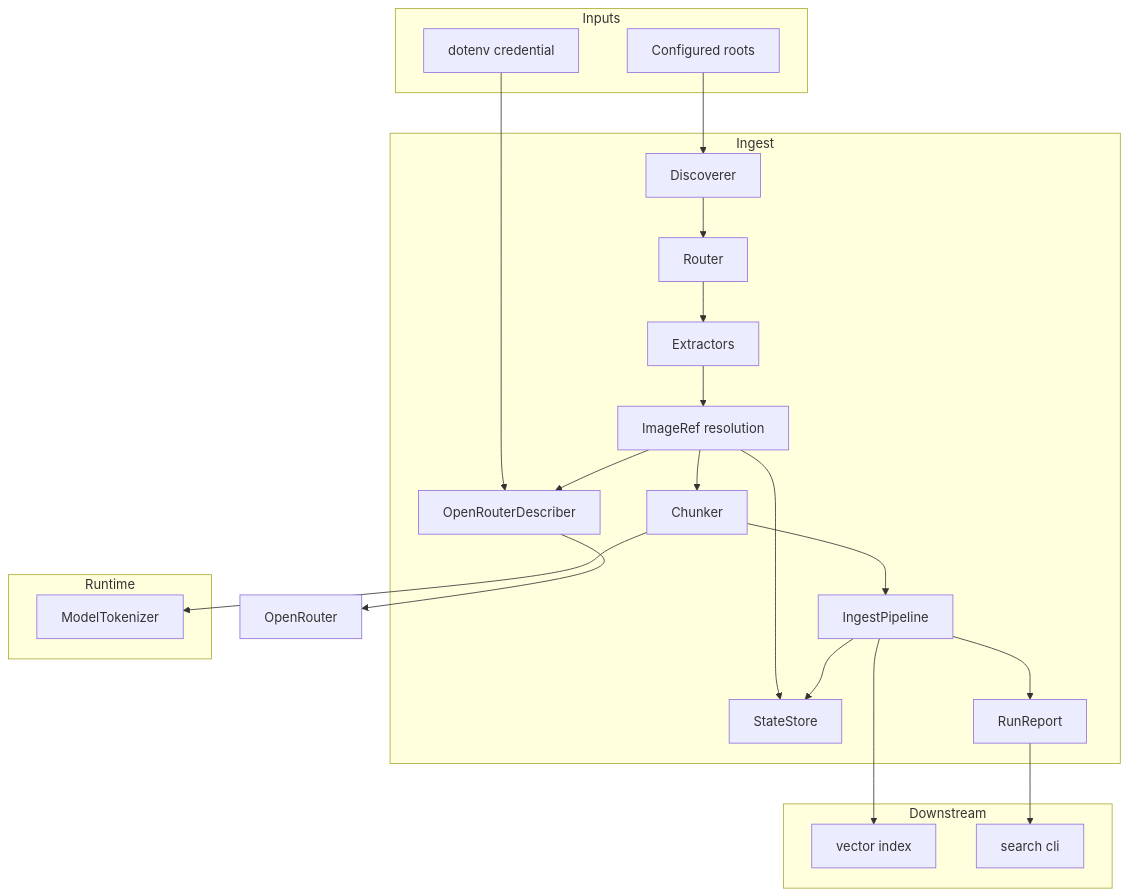
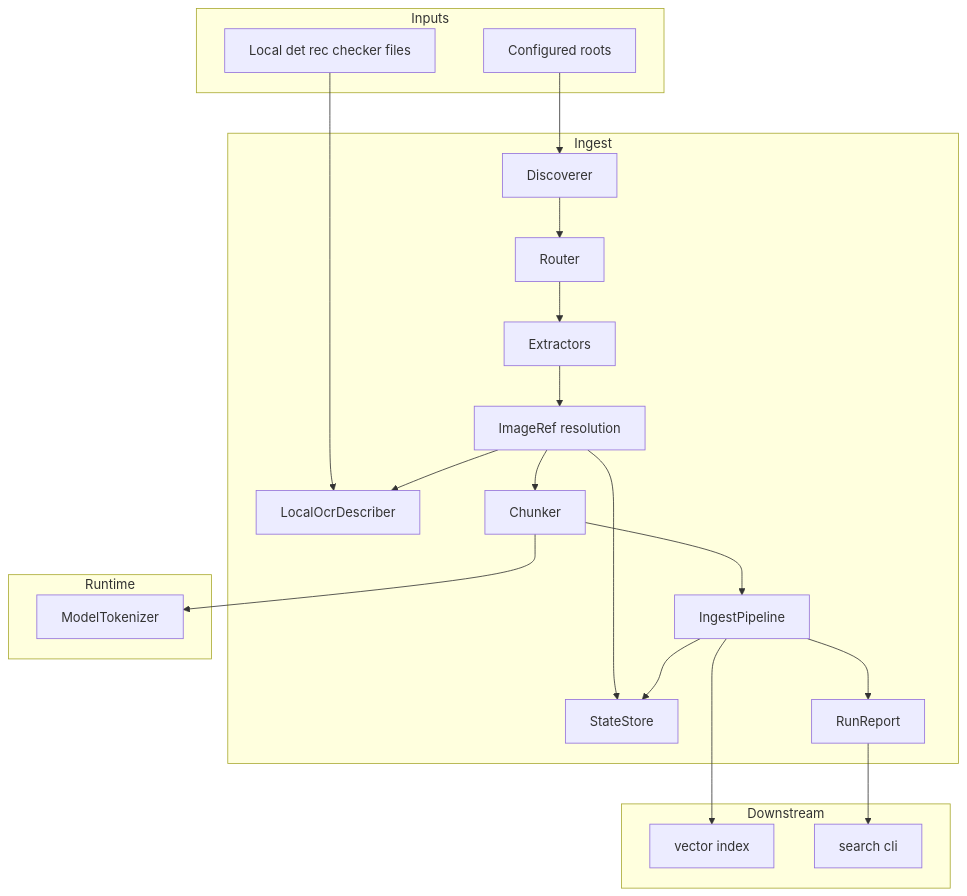
Before and after one commit to norandom/npu_rag_from_folder: the first of 3 diagrams in .kiro/specs/document-ingest/design.md, drawn with Mermaid. The commit also changed other lines of this file and 5 other files, not shown here.

First line of the commit message:
spec(document-ingest): replace OpenRouter with local det+rec OCR

````diff
--- a/.kiro/specs/document-ingest/design.md
+++ b/.kiro/specs/document-ingest/design.md
@@ -65,36 +64,35 @@
 ```mermaid
 graph TB
     subgraph Inputs
         Roots[Configured roots]
-        Env[dotenv credential]
+        Models[Local det rec checker files]
     end
     subgraph Ingest
         Discover[Discoverer]
         Route[Router]
         Extract[Extractors]
         Resolve[ImageRef resolution]
-        Describe[OpenRouterDescriber]
+        Describe[LocalOcrDescriber]
         Chunk[Chunker]
         State[StateStore]
         Pipeline[IngestPipeline]
         Report[RunReport]
     end
     subgraph Runtime
         Tok[ModelTokenizer]
     end
     subgraph Downstream
         VI[vector index]
         CLI[search cli]
     end
-    OR[OpenRouter]
 
     Roots --> Discover --> Route --> Extract --> Resolve --> Chunk --> Pipeline
-    Env --> Describe
+    Models --> Describe
     Resolve --> State
-    Resolve --> Describe --> OR
+    Resolve --> Describe
     Chunk --> Tok
     Pipeline --> State
     Pipeline --> Report
     Report --> CLI
     Pipeline --> VI
 ```
````
